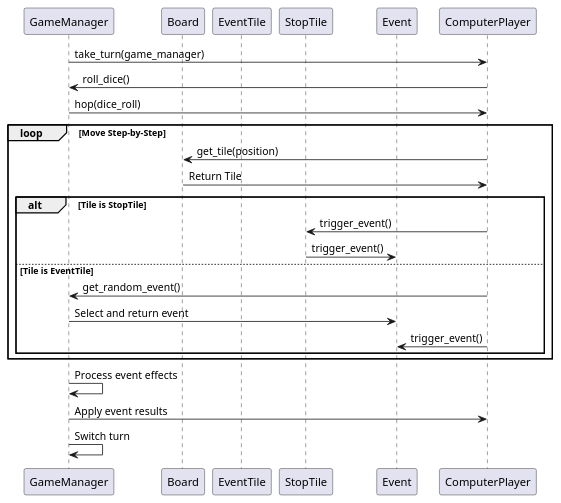
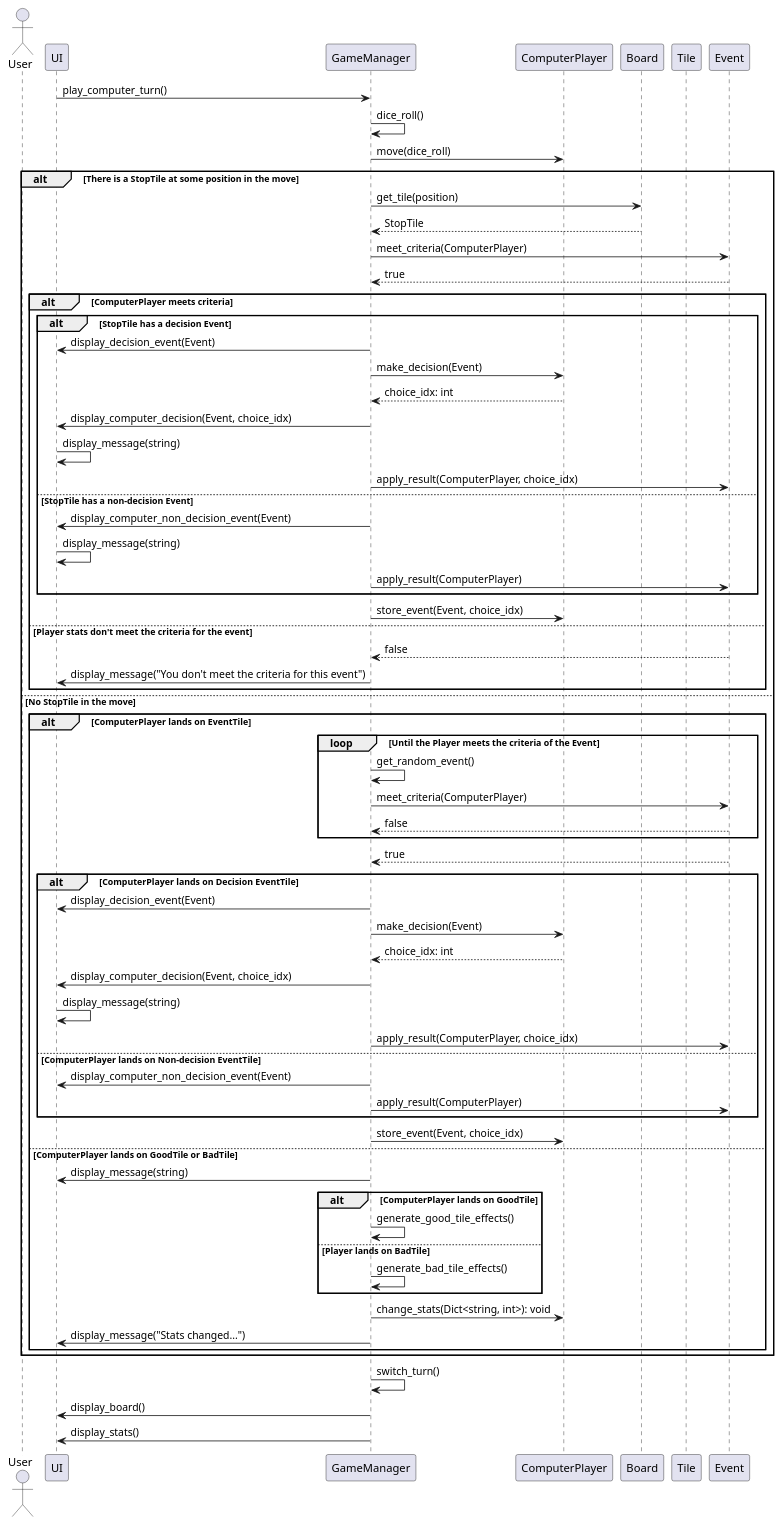
One commit to CSE-362-2025/BoardGameProject changed the diagram in diagrams/sd_cpu_dice_roll.puml. Above: the diagram before and after it, drawn with PlantUML. The commit also changed 3 other files, not shown here.

Commit message:
cpu sequence diagram

```diff
--- a/diagrams/sd_cpu_dice_roll.puml
+++ b/diagrams/sd_cpu_dice_roll.puml
@@ -1,29 +1,93 @@
 @startuml SequenceDiagram: Dice roll and movement for computer player
+
+actor User
+participant UI
 participant GameManager
+participant ComputerPlayer
 participant Board
-participant EventTile
-participant StopTile
+participant Tile
 participant Event
-participant ComputerPlayer
 
-GameManager -> ComputerPlayer: take_turn(game_manager)
-ComputerPlayer -> GameManager: roll_dice()
-GameManager -> ComputerPlayer: hop(dice_roll)
 
-loop Move Step-by-Step
-    ComputerPlayer -> Board: get_tile(position)
-    Board -> ComputerPlayer: Return Tile
-    alt Tile is StopTile
-        ComputerPlayer -> StopTile: trigger_event()
-        StopTile -> Event: trigger_event()
-    else Tile is EventTile
-        ComputerPlayer -> GameManager: get_random_event()
-        GameManager -> Event: Select and return event
-        ComputerPlayer -> Event: trigger_event()
+UI -> GameManager: play_computer_turn()
+GameManager -> GameManager: dice_roll()
+GameManager -> ComputerPlayer: move(dice_roll)
+
+alt There is a StopTile at some position in the move
+
+        GameManager -> Board: get_tile(position)
+        Board --> GameManager: StopTile
+        GameManager -> Event: meet_criteria(ComputerPlayer)
+        Event --> GameManager: true
+
+        alt ComputerPlayer meets criteria
+
+            alt StopTile has a decision Event
+                GameManager -> UI: display_decision_event(Event)
+                GameManager -> ComputerPlayer: make_decision(Event)
+                GameManager <-- ComputerPlayer: choice_idx: int
+                GameManager -> UI: display_computer_decision(Event, choice_idx)
+                UI -> UI: display_message(string)
+                GameManager -> Event: apply_result(ComputerPlayer, choice_idx)
+
+            else StopTile has a non-decision Event
+                GameManager -> UI: display_computer_non_decision_event(Event)
+                UI -> UI: display_message(string)
+                GameManager -> Event: apply_result(ComputerPlayer)
+            end
+
+            GameManager -> ComputerPlayer: store_event(Event, choice_idx)
+
+        else Player stats don't meet the criteria for the event
+            Event --> GameManager: false
+            GameManager -> UI: display_message("You don't meet the criteria for this event")
+        end
+
+else No StopTile in the move
+
+    alt ComputerPlayer lands on EventTile
+
+        loop Until the Player meets the criteria of the Event
+            GameManager -> GameManager: get_random_event()
+            GameManager -> Event: meet_criteria(ComputerPlayer)
+            Event --> GameManager: false
+        end
+    
+        Event --> GameManager: true
+
+        alt ComputerPlayer lands on Decision EventTile
+            GameManager -> UI: display_decision_event(Event)
+            GameManager -> ComputerPlayer: make_decision(Event)
+            GameManager <-- ComputerPlayer: choice_idx: int
+            GameManager -> UI: display_computer_decision(Event, choice_idx)
+            UI -> UI: display_message(string)
+            GameManager -> Event: apply_result(ComputerPlayer, choice_idx)
+
+        else ComputerPlayer lands on Non-decision EventTile
+            GameManager -> UI: display_computer_non_decision_event(Event)
+            GameManager -> Event: apply_result(ComputerPlayer)
+
+        end
+        
+        GameManager -> ComputerPlayer: store_event(Event, choice_idx)
+    
+    else ComputerPlayer lands on GoodTile or BadTile
+        GameManager -> UI: display_message(string)
+
+        alt ComputerPlayer lands on GoodTile
+            GameManager -> GameManager: generate_good_tile_effects()
+        else Player lands on BadTile
+            GameManager -> GameManager: generate_bad_tile_effects()
+        end
+
+        GameManager -> ComputerPlayer: change_stats(Dict<string, int>): void
+        GameManager -> UI: display_message("Stats changed...")
+
     end
 end
 
-GameManager -> GameManager: Process event effects
-GameManager -> ComputerPlayer: Apply event results
-GameManager -> GameManager: Switch turn
+GameManager -> GameManager: switch_turn()
+GameManager -> UI: display_board()
+GameManager -> UI: display_stats()
+
 @enduml
```
